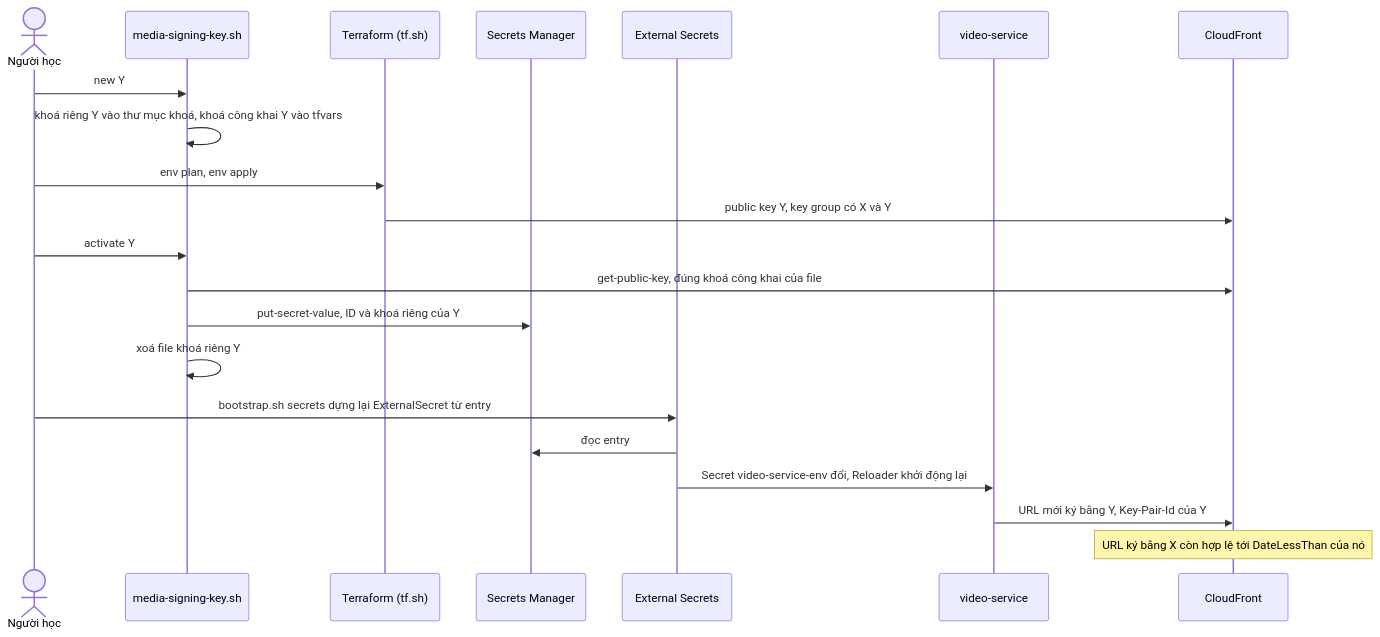
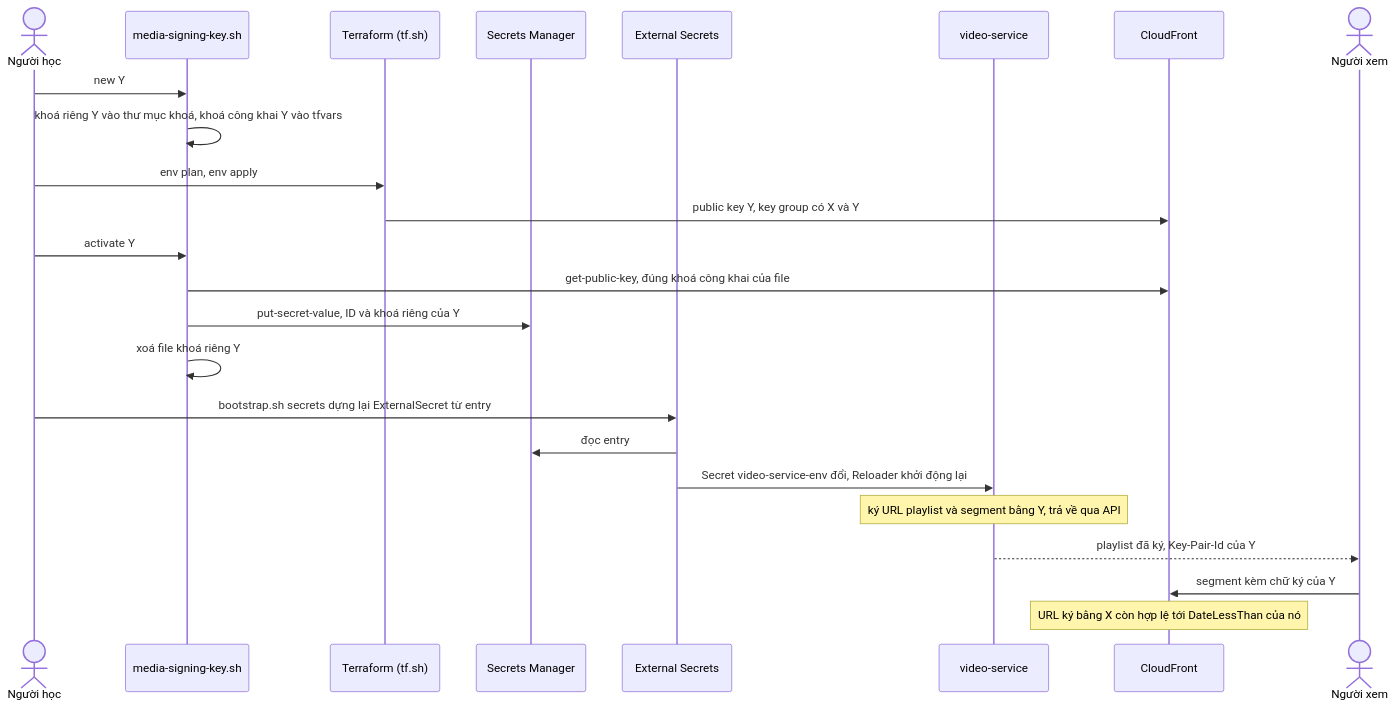
One commit to anhnvcoder/svp-infra changed the diagram in docs/runbooks/media-signing-keys.md. Above: the diagram before and after it, drawn with Mermaid. The commit also changed other lines of this file and 36 other files, not shown here.

````diff
--- a/docs/runbooks/media-signing-keys.md
+++ b/docs/runbooks/media-signing-keys.md
@@ -103,23 +104,26 @@
 ```mermaid
 sequenceDiagram
     actor L as Người học
     participant S as media-signing-key.sh
     participant T as Terraform (tf.sh)
     participant SM as Secrets Manager
     participant ES as External Secrets
     participant VS as video-service
     participant CF as CloudFront
+    actor V as Người xem
     L->>S: new Y
     S->>S: khoá riêng Y vào thư mục khoá, khoá công khai Y vào tfvars
     L->>T: env plan, env apply
     T->>CF: public key Y, key group có X và Y
     L->>S: activate Y
     S->>CF: get-public-key, đúng khoá công khai của file
     S->>SM: put-secret-value, ID và khoá riêng của Y
     S->>S: xoá file khoá riêng Y
     L->>ES: bootstrap.sh secrets dựng lại ExternalSecret từ entry
     ES->>SM: đọc entry
     ES->>VS: Secret video-service-env đổi, Reloader khởi động lại
-    VS->>CF: URL mới ký bằng Y, Key-Pair-Id của Y
+    Note over VS: ký URL playlist và segment bằng Y, trả về qua API
+    VS-->>V: playlist đã ký, Key-Pair-Id của Y
+    V->>CF: segment kèm chữ ký của Y
     Note over CF: URL ký bằng X còn hợp lệ tới DateLessThan của nó
 ```
````
